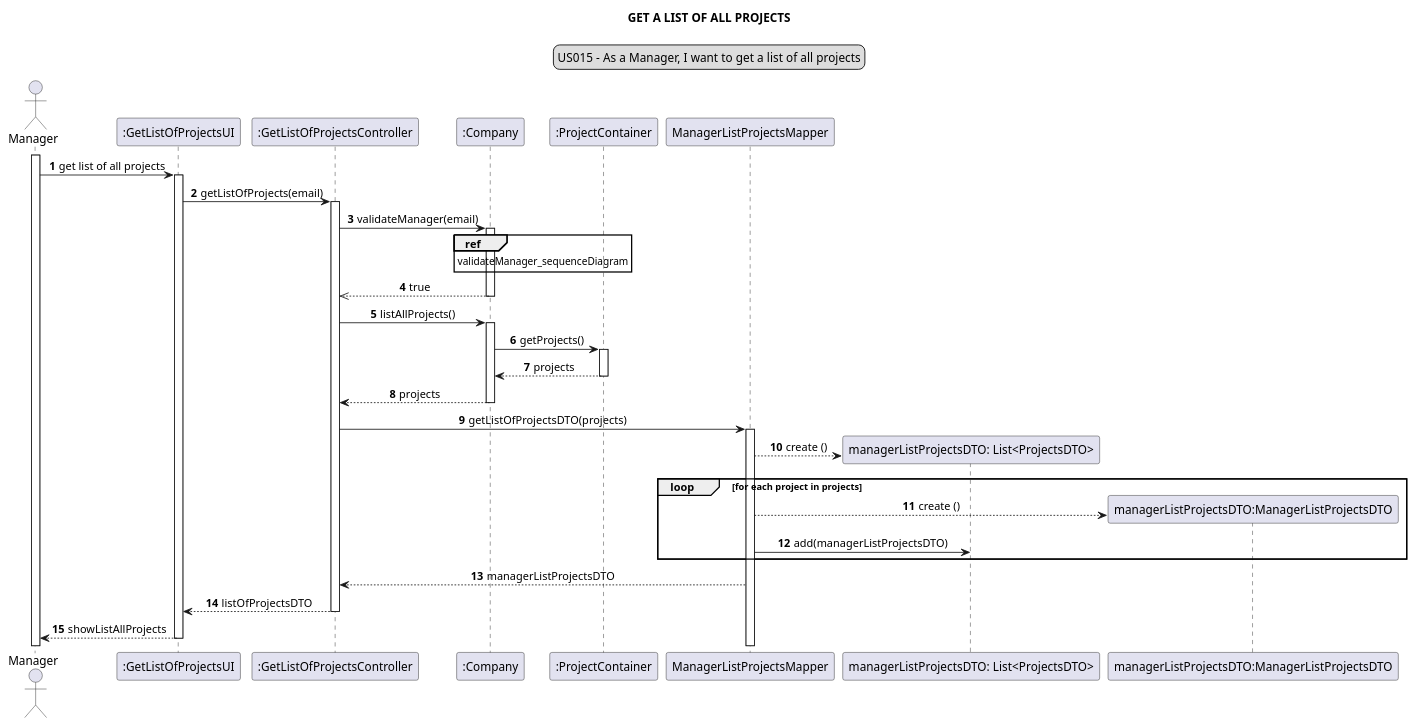
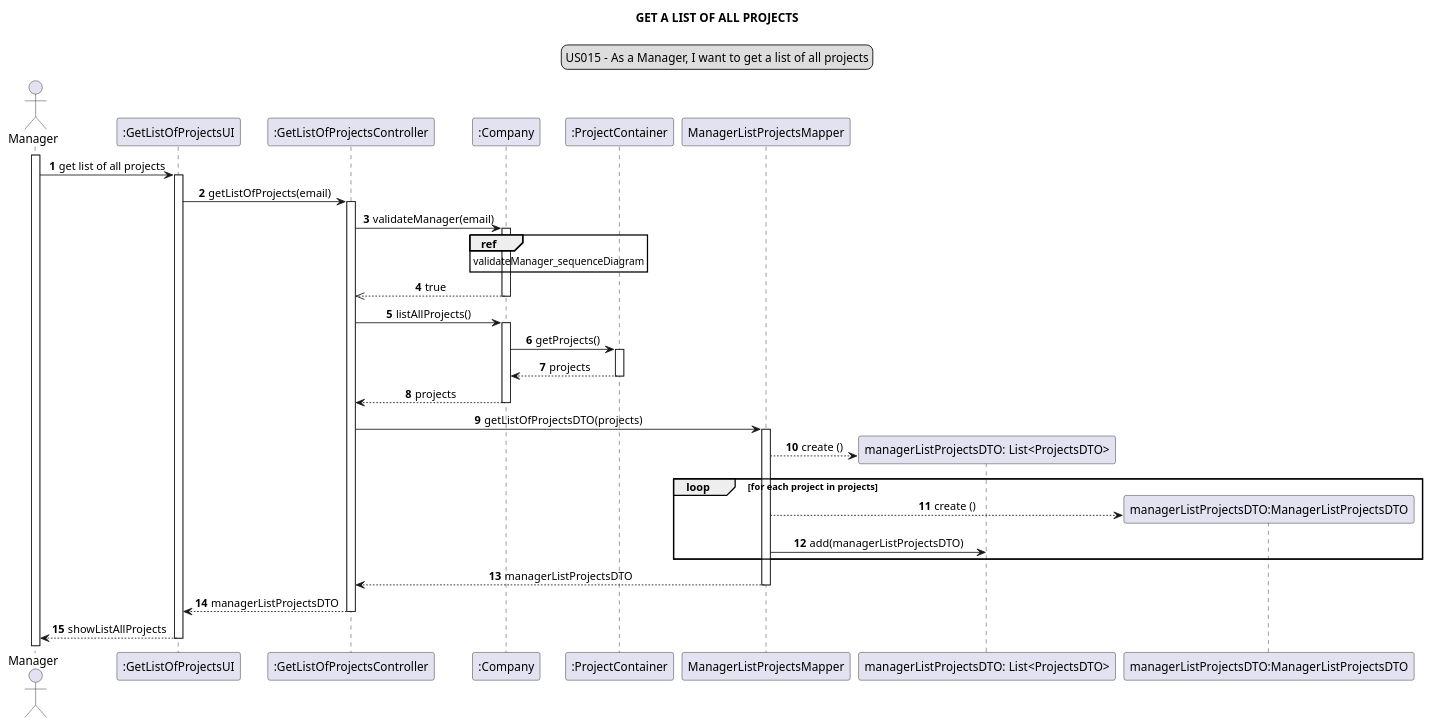
Before and after one commit to Loracline/project_switch_22-23: the diagram in docs/modelling_design/user_stories/sprint02/us015/US015_sequenceDiagram.puml, drawn with PlantUML. The commit also changed 1 other file, not shown here.

Commit message:
US015:Design: Sequence Diagram refined ; US010: Design: Sequence Diagram refined;

```diff
--- a/docs/modelling_design/user_stories/sprint02/us015/US015_sequenceDiagram.puml
+++ b/docs/modelling_design/user_stories/sprint02/us015/US015_sequenceDiagram.puml
@@ -1,52 +1,53 @@
 @startuml
 skinparam sequenceMessageAlign center
 title GET A LIST OF ALL PROJECTS
 legend top
 US015 - As a Manager, I want to get a list of all projects
 end legend
 autonumber
 actor Manager
 participant ":GetListOfProjectsUI" as ui
 participant ":GetListOfProjectsController" as controller
 participant ":Company" as company
 participant ":ProjectContainer" as pc
 participant "ManagerListProjectsMapper" as mapper
 participant "managerListProjectsDTO: List<ProjectsDTO>" as list
 participant "managerListProjectsDTO:ManagerListProjectsDTO" as DTO
 
 activate Manager
 Manager -> ui: get list of all projects
 activate ui
 ui -> controller: getListOfProjects(email)
 activate controller
 controller -> company: validateManager(email)
 activate company
 ref over company: validateManager_sequenceDiagram
 company -->> controller: true
 deactivate company
 
 
 deactivate company
 controller -> company: listAllProjects()
 activate company
 company -> pc: getProjects()
 activate pc
 pc --> company: projects
 deactivate pc
 company --> controller: projects
 deactivate company
 controller -> mapper: getListOfProjectsDTO(projects)
 activate mapper
 create list
 mapper --> list: create ()
 loop for each project in projects
 create DTO
 mapper --> DTO: create ()
 mapper -> list: add(managerListProjectsDTO)
 end loop
 controller <-- mapper: managerListProjectsDTO
-ui <-- controller: listOfProjectsDTO
+deactivate mapper
+ui <-- controller: managerListProjectsDTO
 deactivate controller
 ui --> Manager: showListAllProjects
 deactivate ui
 @enduml
```
